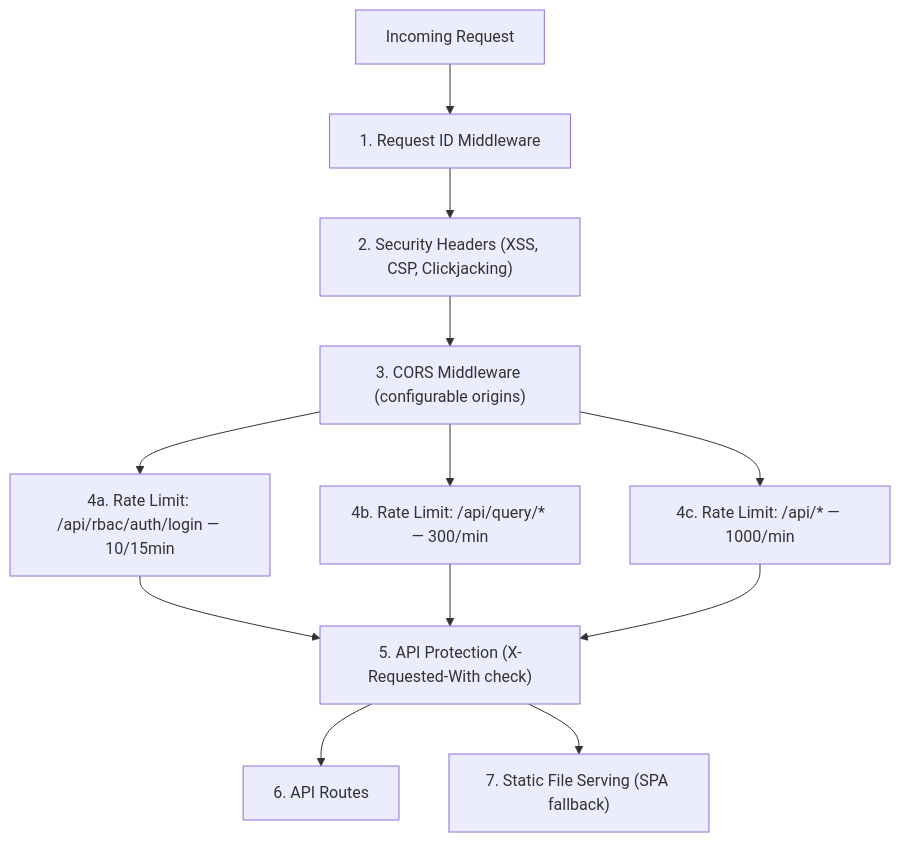
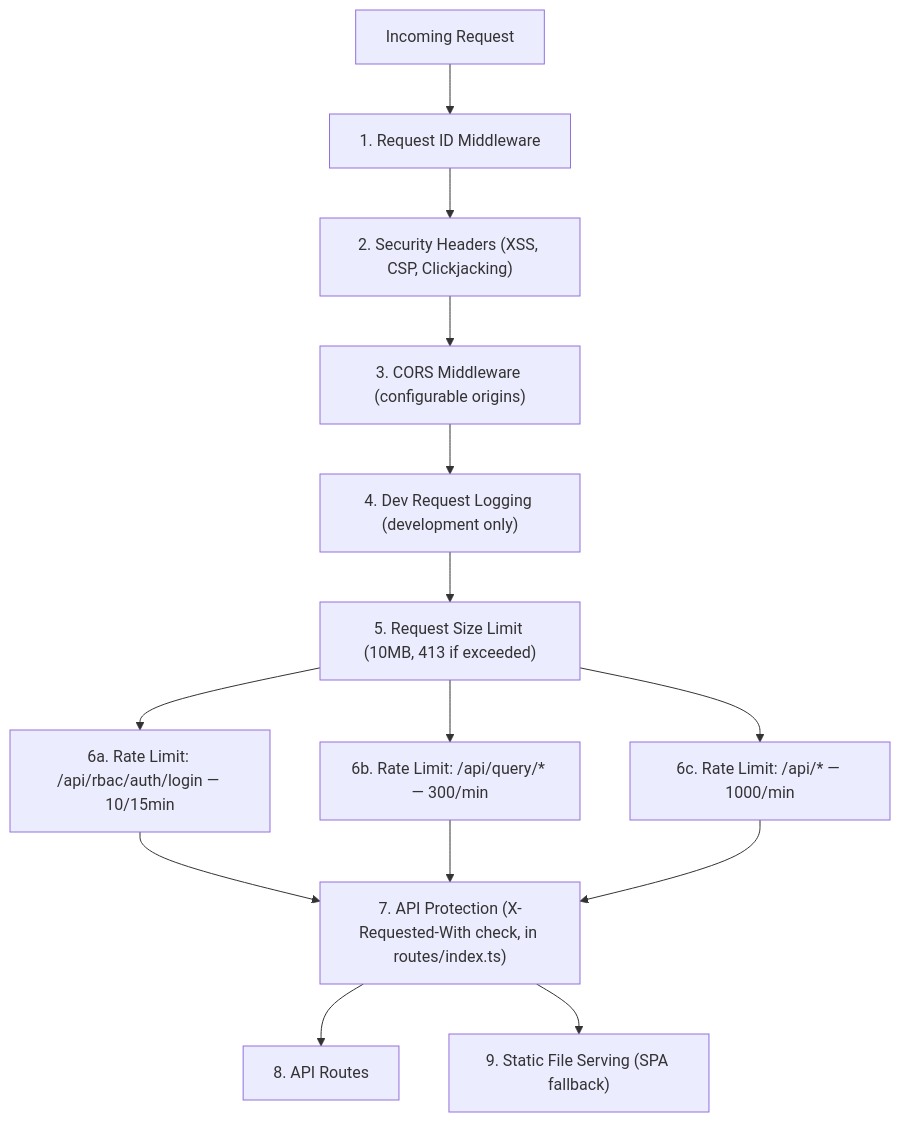
The fourth of 7 diagrams in ARCHITECTURE.md (daun-gatal/chouse-ui), drawn with Mermaid before and after one commit. The commit also changed other lines of this file and 1 other file, not shown here.

````diff
--- a/ARCHITECTURE.md
+++ b/ARCHITECTURE.md
@@ -164,23 +164,26 @@
 ```mermaid
 graph TD
     Request["Incoming Request"]
     ReqId["1. Request ID Middleware"]
     Security["2. Security Headers (XSS, CSP, Clickjacking)"]
     CORS["3. CORS Middleware (configurable origins)"]
-    RateLogin["4a. Rate Limit: /api/rbac/auth/login — 10/15min"]
-    RateQuery["4b. Rate Limit: /api/query/* — 300/min"]
-    RateGeneral["4c. Rate Limit: /api/* — 1000/min"]
-    ApiProt["5. API Protection (X-Requested-With check)"]
-    Routes["6. API Routes"]
-    Static["7. Static File Serving (SPA fallback)"]
+    DevLog["4. Dev Request Logging (development only)"]
+    SizeLimit["5. Request Size Limit (10MB, 413 if exceeded)"]
+    RateLogin["6a. Rate Limit: /api/rbac/auth/login — 10/15min"]
+    RateQuery["6b. Rate Limit: /api/query/* — 300/min"]
+    RateGeneral["6c. Rate Limit: /api/* — 1000/min"]
+    ApiProt["7. API Protection (X-Requested-With check, in routes/index.ts)"]
+    Routes["8. API Routes"]
+    Static["9. Static File Serving (SPA fallback)"]
 
     Request --> ReqId --> Security --> CORS
-    CORS --> RateLogin
-    CORS --> RateQuery
-    CORS --> RateGeneral
+    CORS --> DevLog --> SizeLimit
+    SizeLimit --> RateLogin
+    SizeLimit --> RateQuery
+    SizeLimit --> RateGeneral
     RateLogin --> ApiProt
     RateQuery --> ApiProt
     RateGeneral --> ApiProt
     ApiProt --> Routes
     ApiProt --> Static
 ```
````
